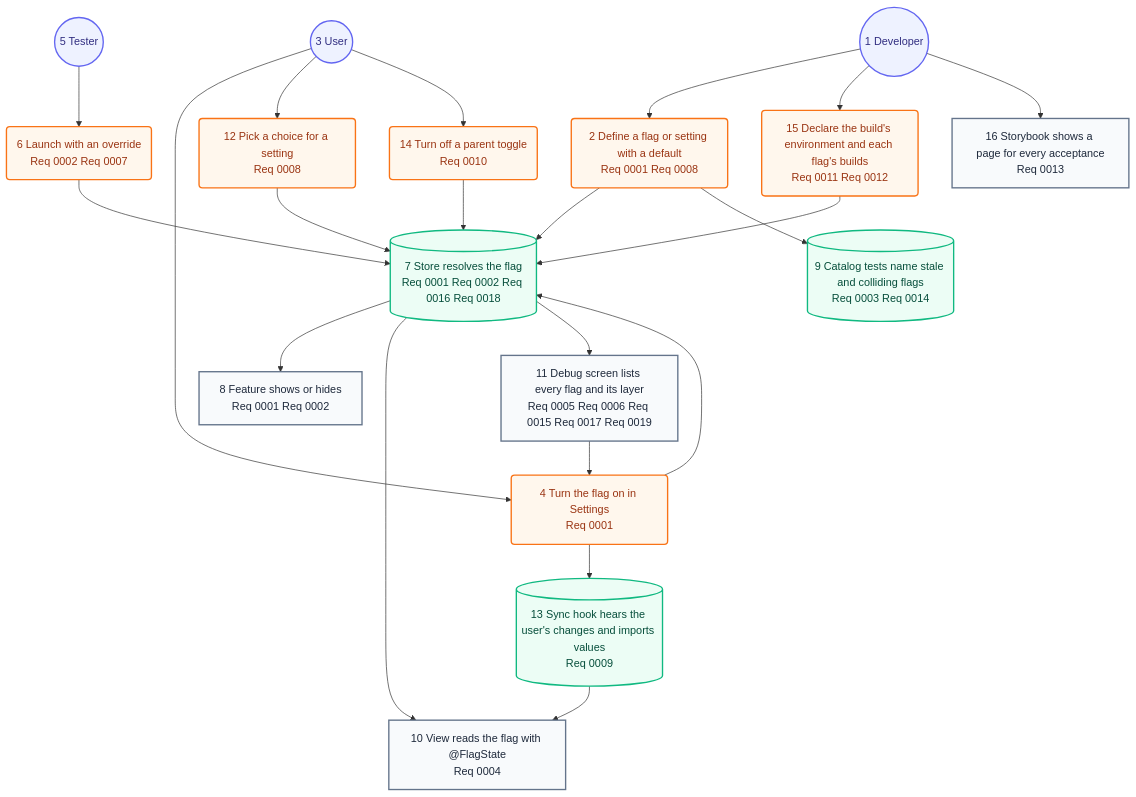
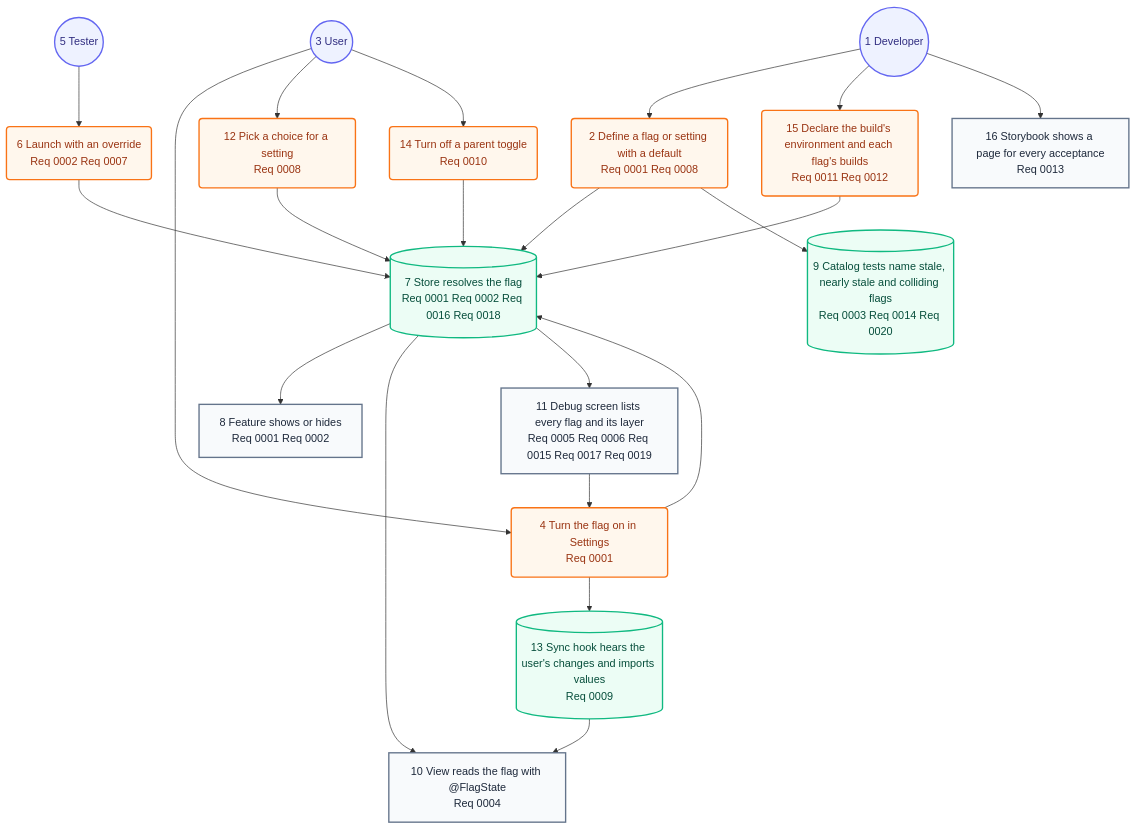
The second of 2 diagrams in docs/architecture/05-user-journey.md (may-journal/feature-flag-kit), drawn with Mermaid before and after one commit. The commit also changed other lines of this file and 11 other files, not shown here.

First line of the commit message:
feat(core): name a flag near its expiry day

````diff
--- a/docs/architecture/05-user-journey.md
+++ b/docs/architecture/05-user-journey.md
@@ -31,45 +31,45 @@
 ```mermaid
 flowchart TB
     developer((1 Developer)):::persona
     define(2 Define a flag or setting with a default<br/>Req 0001 Req 0008):::action
     user((3 User)):::persona
     toggle(4 Turn the flag on in Settings<br/>Req 0001):::action
     tester((5 Tester)):::persona
     launch(6 Launch with an override<br/>Req 0002 Req 0007):::action
     resolve[(7 Store resolves the flag<br/>Req 0001 Req 0002 Req 0016 Req 0018)]:::system
     feature[8 Feature shows or hides<br/>Req 0001 Req 0002]:::screen
-    expiry[(9 Catalog tests name stale and colliding flags<br/>Req 0003 Req 0014)]:::system
+    expiry[(9 Catalog tests name stale, nearly stale and colliding flags<br/>Req 0003 Req 0014 Req 0020)]:::system
     view[10 View reads the flag with @FlagState<br/>Req 0004]:::screen
     debug[11 Debug screen lists every flag and its layer<br/>Req 0005 Req 0006 Req 0015 Req 0017 Req 0019]:::screen
     choose(12 Pick a choice for a setting<br/>Req 0008):::action
     sync[(13 Sync hook hears the user's changes and imports values<br/>Req 0009)]:::system
     group(14 Turn off a parent toggle<br/>Req 0010):::action
     environment(15 Declare the build's environment and each flag's builds<br/>Req 0011 Req 0012):::action
     storybook[16 Storybook shows a page for every acceptance<br/>Req 0013]:::screen
 
     developer --> define
     user --> toggle
     tester --> launch
     define --> resolve
     toggle --> resolve
     launch --> resolve
     resolve --> feature
     define --> expiry
     resolve --> view
     resolve --> debug
     debug --> toggle
     user --> choose
     choose --> resolve
     toggle --> sync
     sync --> view
     user --> group
     group --> resolve
     developer --> environment
     environment --> resolve
     developer --> storybook
 
     classDef persona fill:#eef2ff,stroke:#6366f1,color:#312e81,stroke-width:2px
     classDef screen fill:#f8fafc,stroke:#64748b,color:#1e293b,stroke-width:2px
     classDef action fill:#fff7ed,stroke:#f97316,color:#9a3412,stroke-width:2px
     classDef system fill:#ecfdf5,stroke:#10b981,color:#064e3b,stroke-width:2px
 ```
````
